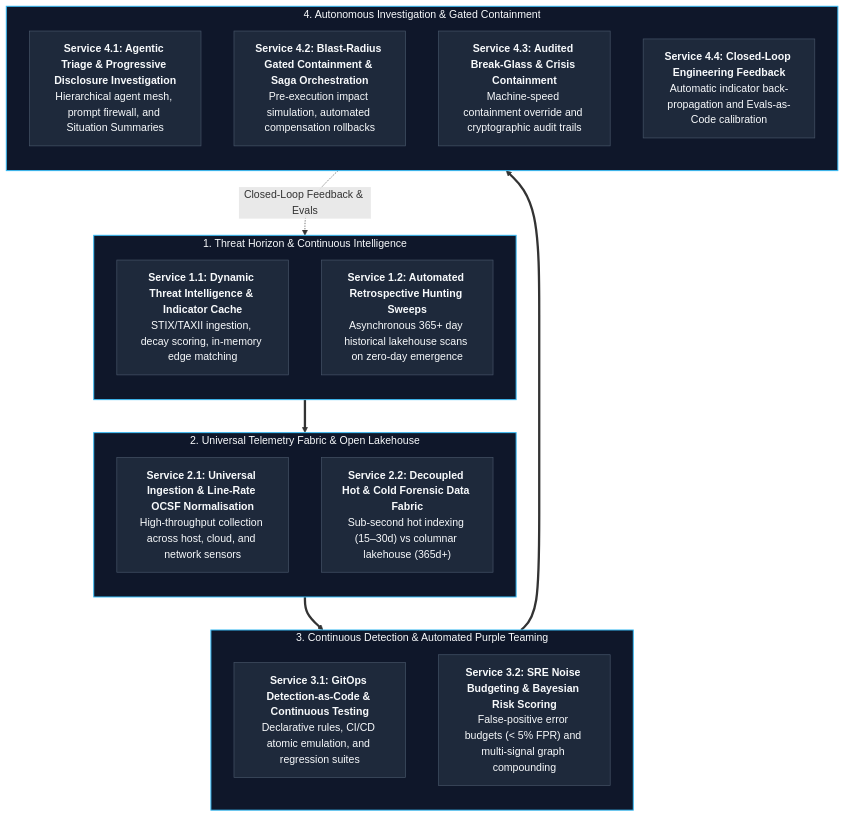
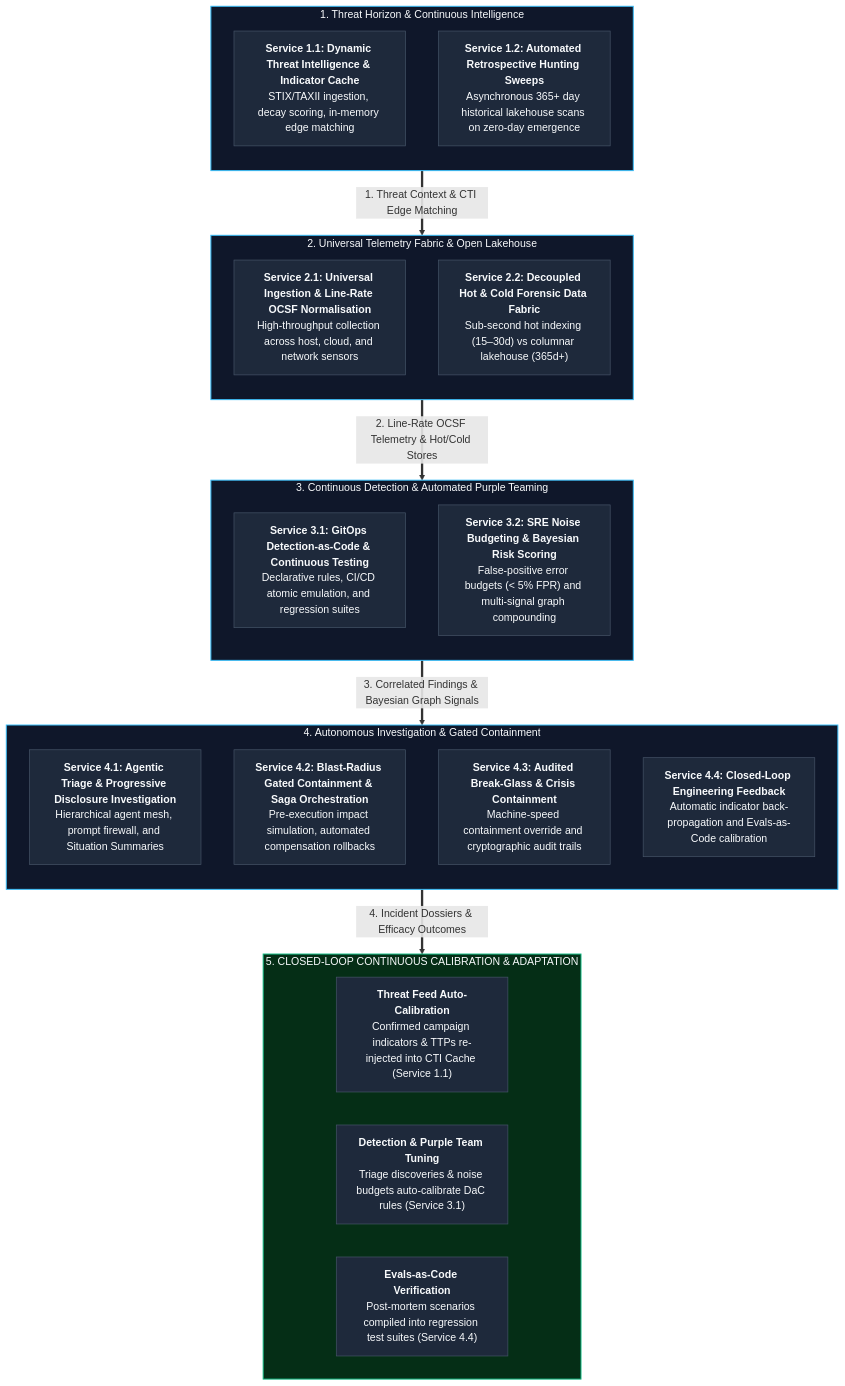
Before and after one commit to Haribu/TIDIR: the diagram in docs/architecture/10-macro-capabilities-and-services.md, drawn with Mermaid.

Commit message:
fix(diagram): correct Enterprise Service Architecture ordering to strictly order 1 through 4 with downstream feedback block

````diff
--- a/docs/architecture/10-macro-capabilities-and-services.md
+++ b/docs/architecture/10-macro-capabilities-and-services.md
@@ -13,38 +13,47 @@
 ```mermaid
 flowchart TB
     subgraph MACRO1 ["1. Threat Horizon & Continuous Intelligence"]
         direction TB
         S11["<b>Service 1.1: Dynamic Threat Intelligence & Indicator Cache</b><br>STIX/TAXII ingestion, decay scoring, in-memory edge matching"]
         S12["<b>Service 1.2: Automated Retrospective Hunting Sweeps</b><br>Asynchronous 365+ day historical lakehouse scans on zero-day emergence"]
     end
 
     subgraph MACRO2 ["2. Universal Telemetry Fabric & Open Lakehouse"]
         direction TB
         S21["<b>Service 2.1: Universal Ingestion & Line-Rate OCSF Normalisation</b><br>High-throughput collection across host, cloud, and network sensors"]
         S22["<b>Service 2.2: Decoupled Hot & Cold Forensic Data Fabric</b><br>Sub-second hot indexing (15–30d) vs columnar lakehouse (365d+)"]
     end
 
     subgraph MACRO3 ["3. Continuous Detection & Automated Purple Teaming"]
         direction TB
         S31["<b>Service 3.1: GitOps Detection-as-Code & Continuous Testing</b><br>Declarative rules, CI/CD atomic emulation, and regression suites"]
         S32["<b>Service 3.2: SRE Noise Budgeting & Bayesian Risk Scoring</b><br>False-positive error budgets (&lt; 5% FPR) and multi-signal graph compounding"]
     end
 
     subgraph MACRO4 ["4. Autonomous Investigation & Gated Containment"]
         direction TB
         S41["<b>Service 4.1: Agentic Triage & Progressive Disclosure Investigation</b><br>Hierarchical agent mesh, prompt firewall, and Situation Summaries"]
         S42["<b>Service 4.2: Blast-Radius Gated Containment & Saga Orchestration</b><br>Pre-execution impact simulation, automated compensation rollbacks"]
         S43["<b>Service 4.3: Audited Break-Glass & Crisis Containment</b><br>Machine-speed containment override and cryptographic audit trails"]
         S44["<b>Service 4.4: Closed-Loop Engineering Feedback</b><br>Automatic indicator back-propagation and Evals-as-Code calibration"]
     end
 
-    MACRO1 ==> MACRO2
-    MACRO2 ==> MACRO3
-    MACRO3 ==> MACRO4
-    MACRO4 -.->|"Closed-Loop Feedback & Evals"| MACRO1
+    subgraph FEEDBACK ["5. CLOSED-LOOP CONTINUOUS CALIBRATION & ADAPTATION"]
+        direction LR
+        FB1["<b>Threat Feed Auto-Calibration</b><br>Confirmed campaign indicators & TTPs re-injected into CTI Cache (Service 1.1)"]
+        FB2["<b>Detection & Purple Team Tuning</b><br>Triage discoveries & noise budgets auto-calibrate DaC rules (Service 3.1)"]
+        FB3["<b>Evals-as-Code Verification</b><br>Post-mortem scenarios compiled into regression test suites (Service 4.4)"]
+    end
+
+    MACRO1 ==>|1. Threat Context & CTI Edge Matching| MACRO2
+    MACRO2 ==>|2. Line-Rate OCSF Telemetry & Hot/Cold Stores| MACRO3
+    MACRO3 ==>|3. Correlated Findings & Bayesian Graph Signals| MACRO4
+    MACRO4 ==>|4. Incident Dossiers & Efficacy Outcomes| FEEDBACK
 
     classDef default fill:#1e293b,stroke:#475569,stroke-width:1px,color:#f8fafc;
     classDef macro fill:#0f172a,stroke:#38bdf8,stroke-width:1.5px,color:#f8fafc;
-    class S11,S12,S21,S22,S31,S32,S41,S42,S43,S44 default;
+    classDef feedback fill:#052e16,stroke:#10b981,stroke-width:1.5px,color:#f8fafc;
+    class S11,S12,S21,S22,S31,S32,S41,S42,S43,S44,FB1,FB2,FB3 default;
     class MACRO1,MACRO2,MACRO3,MACRO4 macro;
+    class FEEDBACK feedback;
 ```
````
